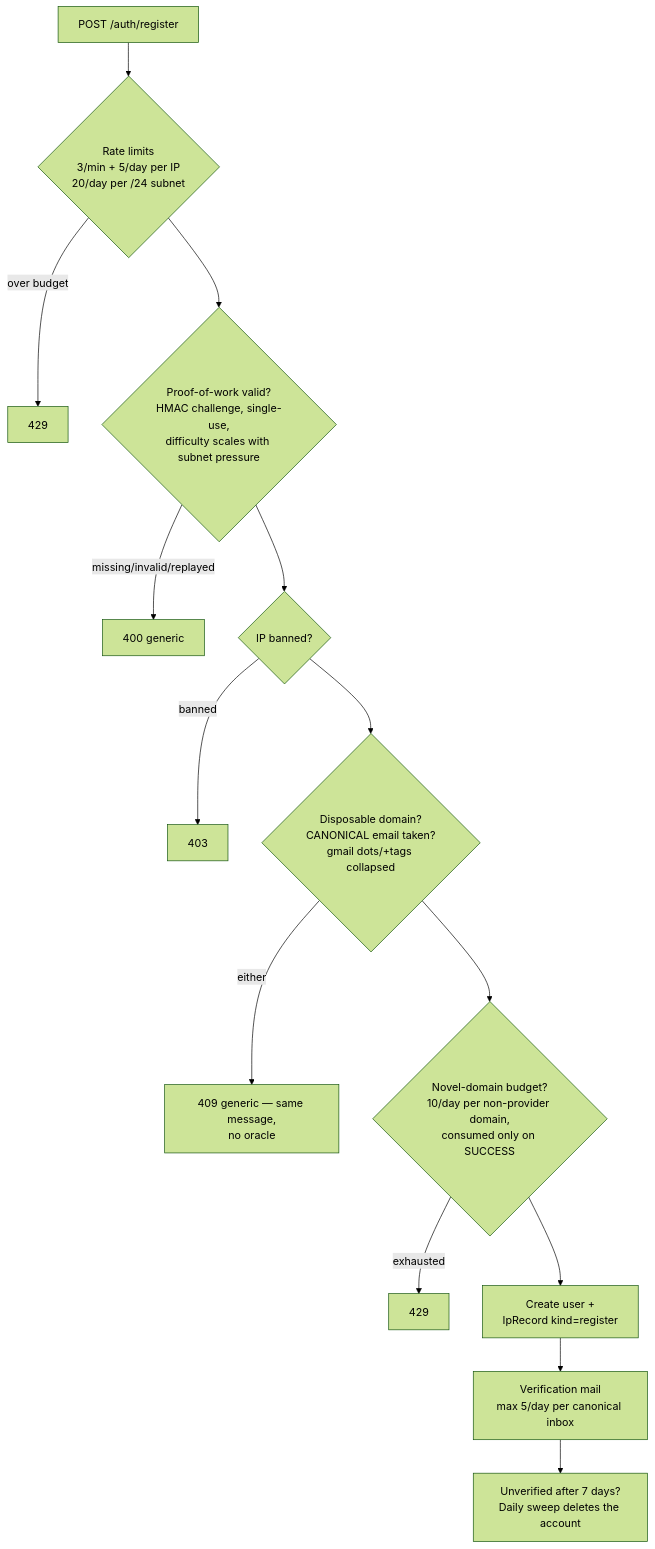
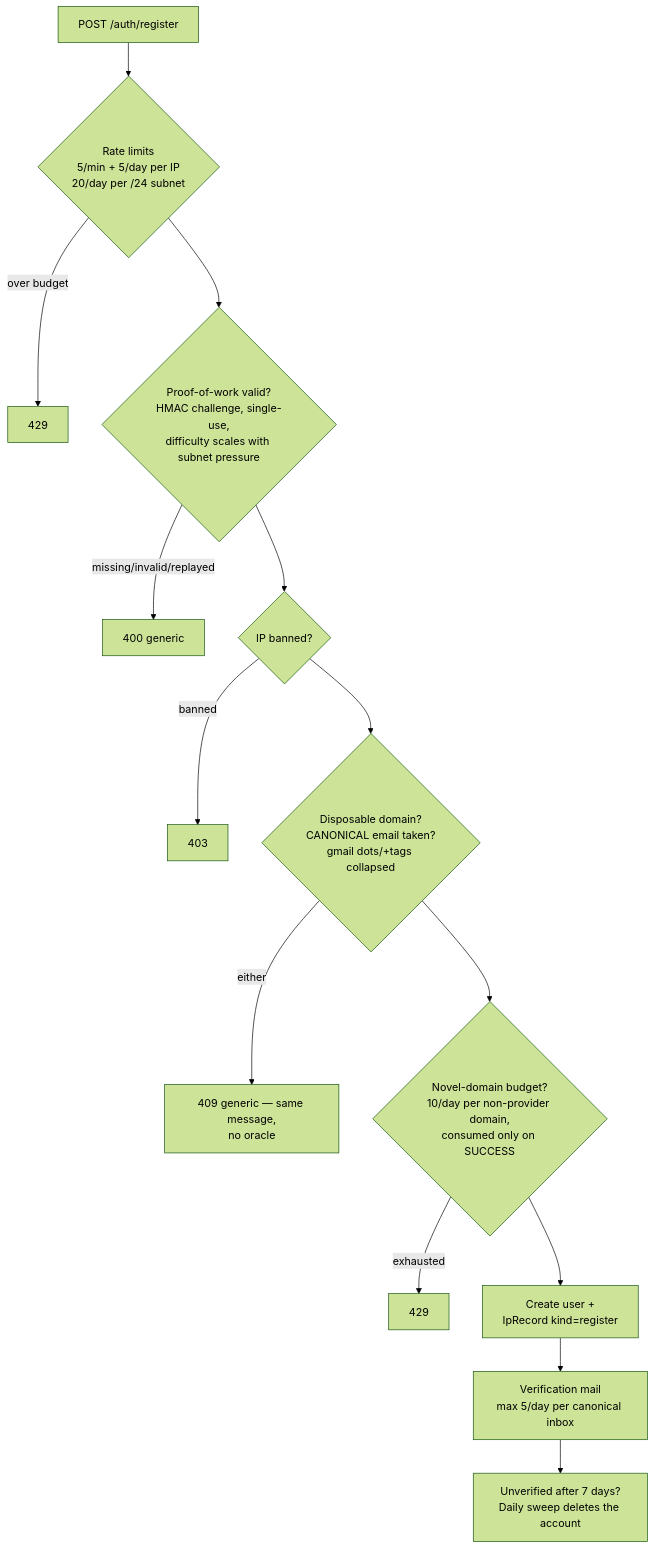
Before and after one commit to Aizen93/voxium: diagram 12 of 15 in Architecture.md, drawn with Mermaid (forest theme). The commit also changed other lines of this file and 33 other files, not shown here.

````diff
--- a/Architecture.md
+++ b/Architecture.md
@@ -1076,16 +1076,16 @@
 ```mermaid
 flowchart TD
-    A[POST /auth/register] --> B{Rate limits<br/>3/min + 5/day per IP<br/>20/day per /24 subnet}
+    A[POST /auth/register] --> B{Rate limits<br/>5/min + 5/day per IP<br/>20/day per /24 subnet}
     B -->|over budget| R1[429]
     B --> C{Proof-of-work valid?<br/>HMAC challenge, single-use,<br/>difficulty scales with subnet pressure}
     C -->|missing/invalid/replayed| R2[400 generic]
     C --> D{IP banned?}
     D -->|banned| R3[403]
     D --> E{Disposable domain?<br/>CANONICAL email taken?<br/>gmail dots/+tags collapsed}
     E -->|either| R4[409 generic — same message,<br/>no oracle]
     E --> F{Novel-domain budget?<br/>10/day per non-provider domain,<br/>consumed only on SUCCESS}
     F -->|exhausted| R5[429]
     F --> G[Create user +<br/>IpRecord kind=register]
     G --> H[Verification mail<br/>max 5/day per canonical inbox]
     H --> I[Unverified after 7 days?<br/>Daily sweep deletes the account]
 ```
````
